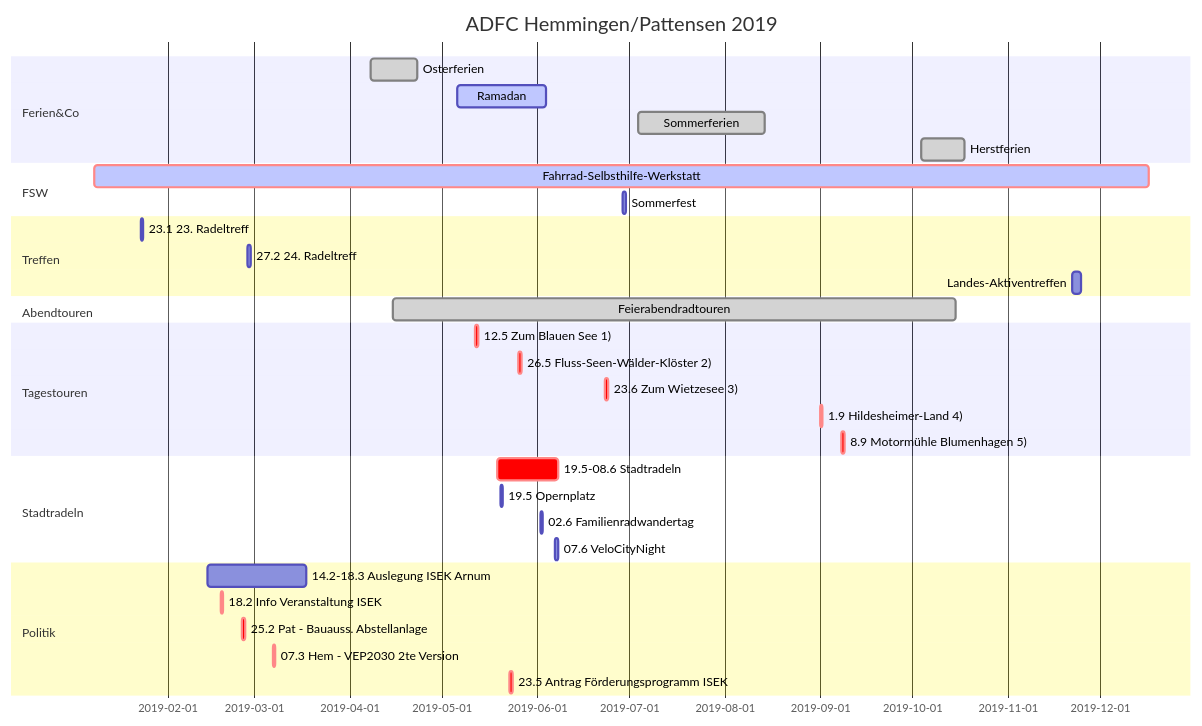
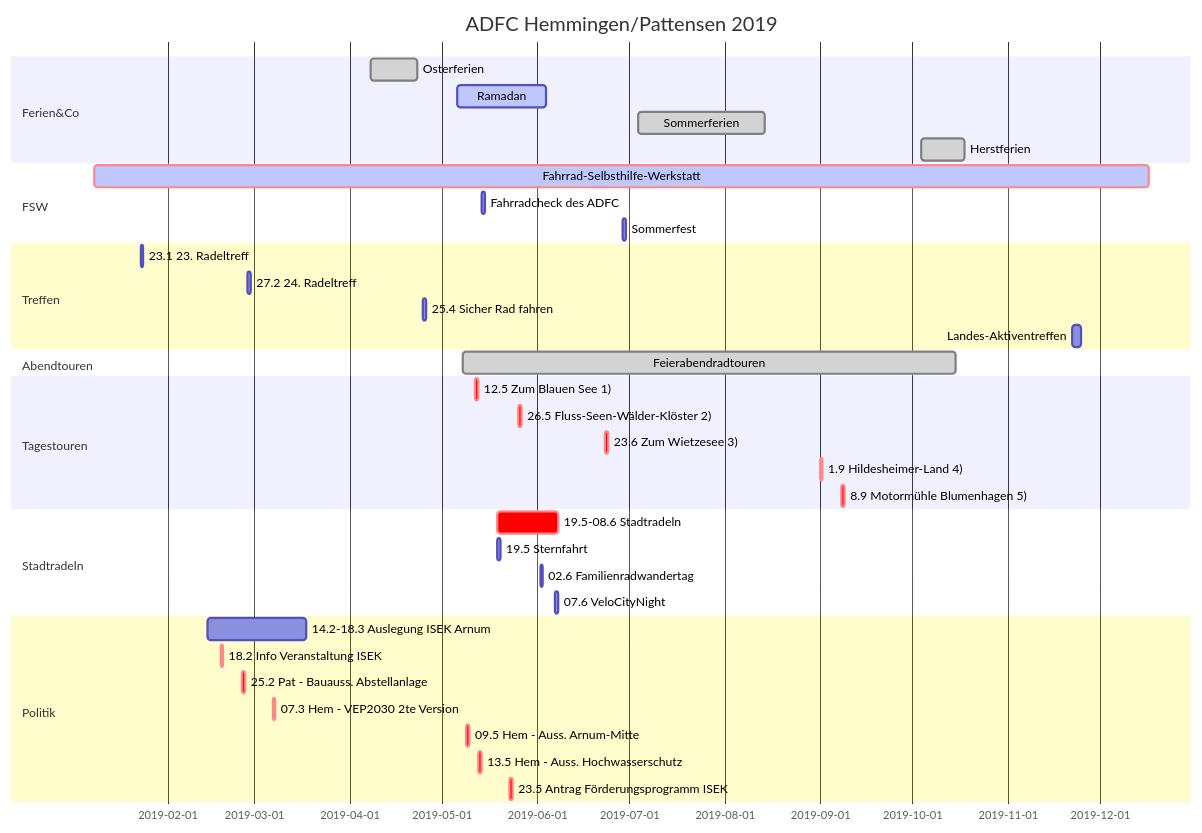
Before and after one commit to adfc-hemmingen-pattensen/adfc-hemmingen-pattensen.github.io: the diagram in index.md, drawn with Mermaid. The commit also changed other lines of this file and 2 other files, not shown here.

````diff
--- a/index.md
+++ b/index.md
@@ -135,44 +151,48 @@
 ```mermaid
 gantt
   title ADFC Hemmingen/Pattensen 2019
   dateFormat  DD.MM.YY
 
 section Ferien&Co
   Osterferien :done,        08.04.19, 23.04.19
   Ramadan     :active,done, 06.05.19, 04.06.19
   Sommerferien:done,        04.07.19, 14.08.19
   Herstferien :done,        04.10.19, 18.10.19
 
 section FSW
   Fahrrad-Selbsthilfe-Werkstatt :crit,active, 08.01.19, 17.12.19
+  Fahrradcheck des ADFC         : 14.05.19, 1d
   Sommerfest                    : 29.06.19, 1d
 
 section Treffen
   23.1 23. Radeltreff  : 23.01.19, 1d
   27.2 24. Radeltreff : 27.02.19, 1d
+  25.4 Sicher Rad fahren : 25.04.19, 1d
   Landes-Aktiventreffen: 22.11.19, 3d
   
 section Abendtouren
-  Feierabendradtouren        :done,       15.04.19, 15.10.19
+  Feierabendradtouren        :done,       08.05.19, 15.10.19
 
 section Tagestouren
   12.5 Zum Blauen See 1)           :crit, 12.05.19,1d
   26.5 Fluss-Seen-Wälder-Klöster 2):crit, 26.05.19,1d
   23.6 Zum Wietzesee 3)            :crit, 23.06.19,1d
   1.9 Hildesheimer-Land 4)         :crit, 01.09.19,1d
   8.9 Motormühle Blumenhagen 5)    :crit, 08.09.19,1d
   
 
 section Stadtradeln
   19.5-08.6 Stadtradeln    : crit, 19.05.19, 08.06.19
-  19.5 Opernplatz          :       20.05.19, 1d
+  19.5 Sternfahrt          :       19.05.19, 1d
   02.6 Familienradwandertag:       02.06.19, 1d
   07.6 VeloCityNight       :       07.06.19, 1d
 
 section Politik
   14.2-18.3 Auslegung ISEK Arnum: 14.02.19, 18.03.19
   18.2 Info Veranstaltung ISEK  : crit, 18.02.19, 1d 
   25.2 Pat - Bauauss. Abstellanlage : crit, 25.02.19, 1d
   07.3 Hem - VEP2030 2te Version : crit, 07.03.19, 1d
+  09.5 Hem - Auss. Arnum-Mitte : crit,  09.05.19, 1d
+  13.5 Hem - Auss. Hochwasserschutz: crit, 13.05.19, 1d
   23.5 Antrag Förderungsprogramm ISEK : crit, 23.05.19,1d 
 ```
````
